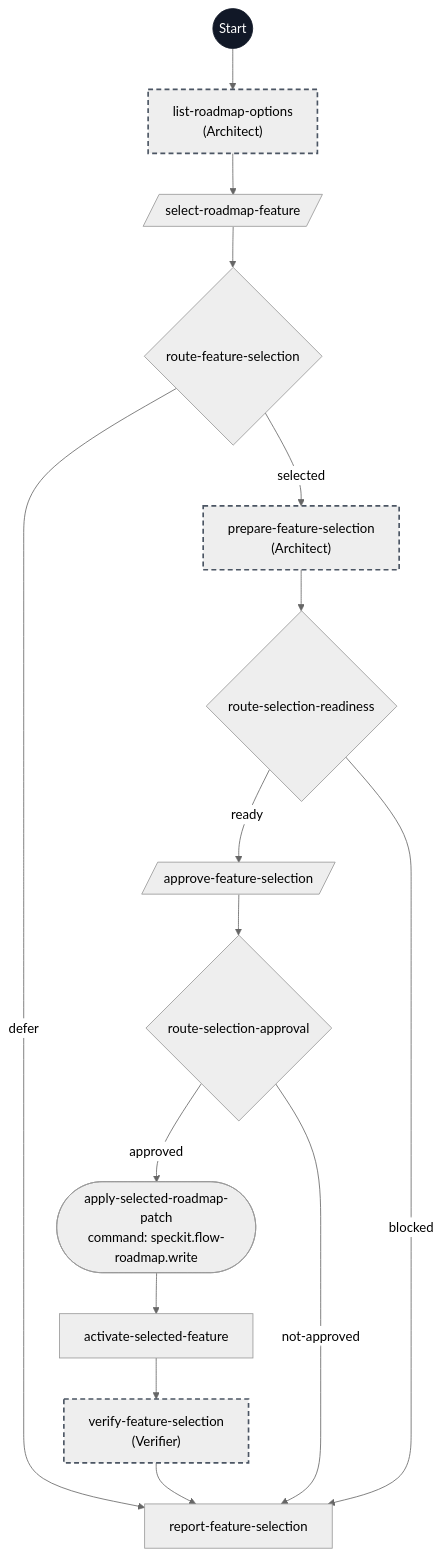
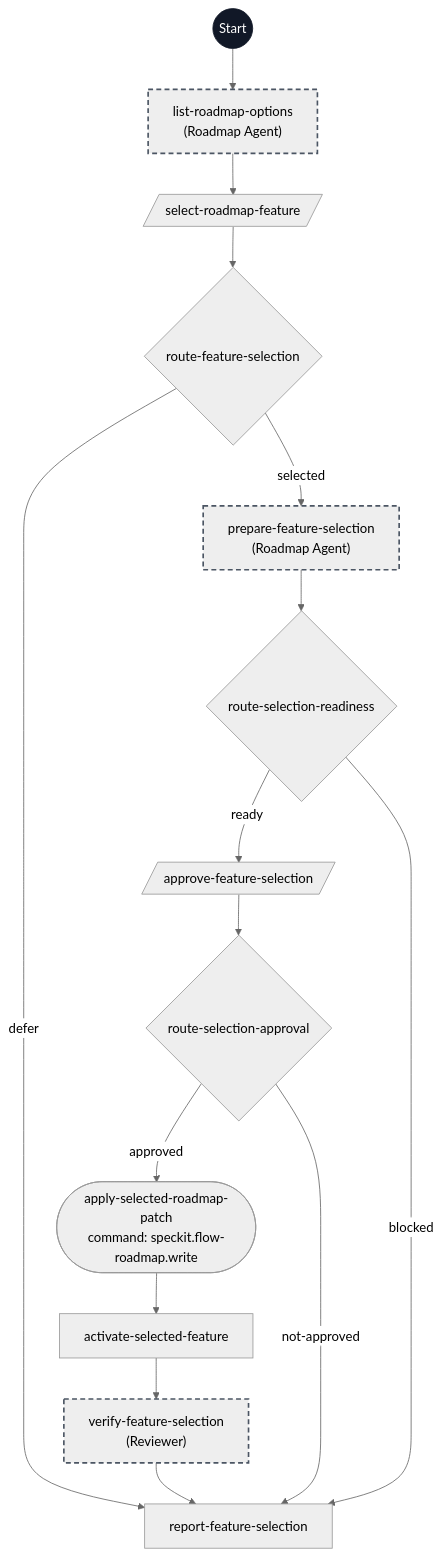
The diagram in workflows/speckit-flow-select-feature/flowchart.md (pegagio/spec-kit-flow), drawn with Mermaid (neutral theme) before and after one commit. The commit also changed 85 other files, not shown here.

Commit message:
Checkpoint flow-kit workflows

````diff
--- a/workflows/speckit-flow-select-feature/flowchart.md
+++ b/workflows/speckit-flow-select-feature/flowchart.md
@@ -5,37 +5,37 @@
 ```mermaid
 flowchart TD
     start((Start))
-    n01["list-roadmap-options<br/>(Architect)"]
+    n01["list-roadmap-options<br/>(Roadmap Agent)"]
     n02[/"select-roadmap-feature"/]
     n03@{ shape: diam, label: "route-feature-selection" }
-    n04["prepare-feature-selection<br/>(Architect)"]
+    n04["prepare-feature-selection<br/>(Roadmap Agent)"]
     n05@{ shape: diam, label: "route-selection-readiness" }
     n06[/"approve-feature-selection"/]
     n07@{ shape: diam, label: "route-selection-approval" }
     n08(["apply-selected-roadmap-patch<br/>command: speckit.flow-roadmap.write"])
     n09["activate-selected-feature"]
-    n10["verify-feature-selection<br/>(Verifier)"]
+    n10["verify-feature-selection<br/>(Reviewer)"]
     n11["report-feature-selection"]
 
     start --> n01
     n01 --> n02
     n02 --> n03
     n03 -- selected --> n04
     n04 --> n05
     n05 -- ready --> n06
     n06 --> n07
     n07 -- approved --> n08
     n08 --> n09
     n09 --> n10
     n03 -- defer --> n11
     n10 --> n11
     n07 -- not-approved --> n11
     n05 -- blocked --> n11
 
     classDef delegated stroke:#4b5563,stroke-width:2px,stroke-dasharray:6 4
     class n01,n04,n10 delegated
     style n03 stroke-dasharray:0
     style n05 stroke-dasharray:0
     style n07 stroke-dasharray:0
     style start fill:#111827,stroke:#111827,color:#ffffff
 ```
````
